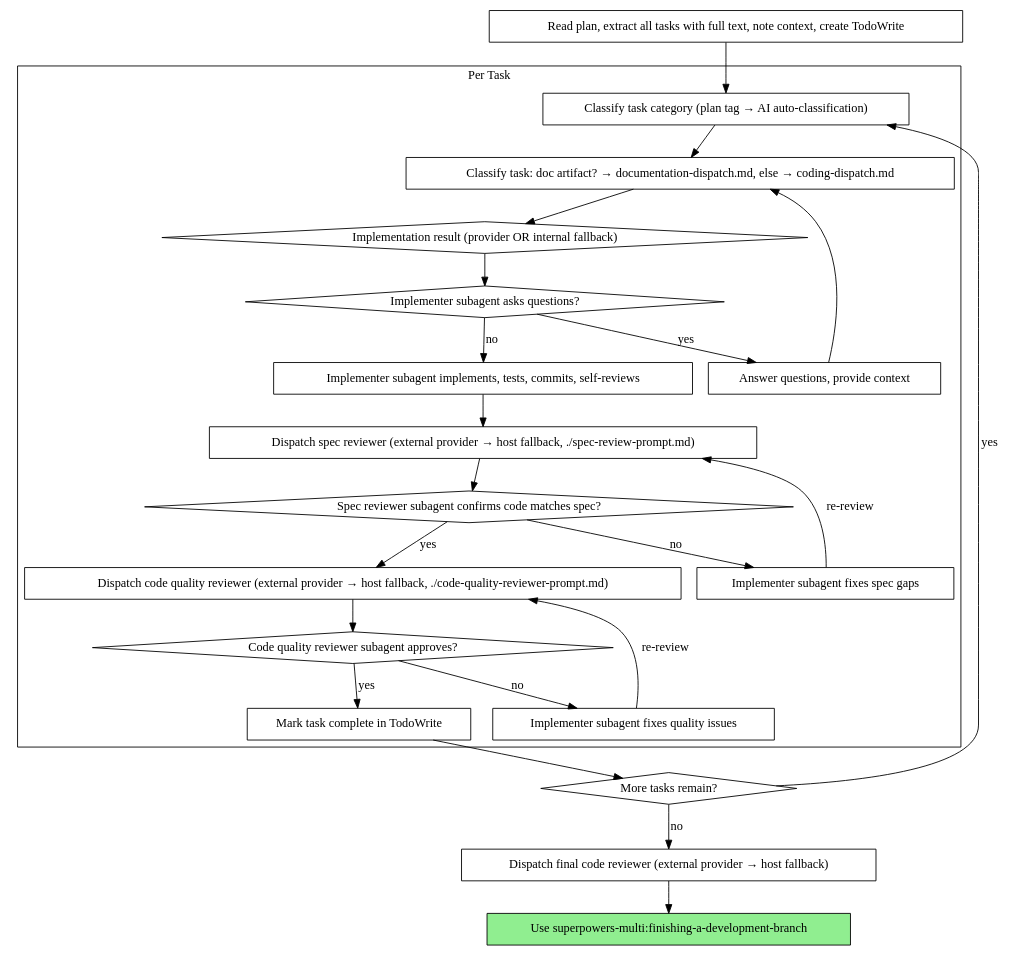
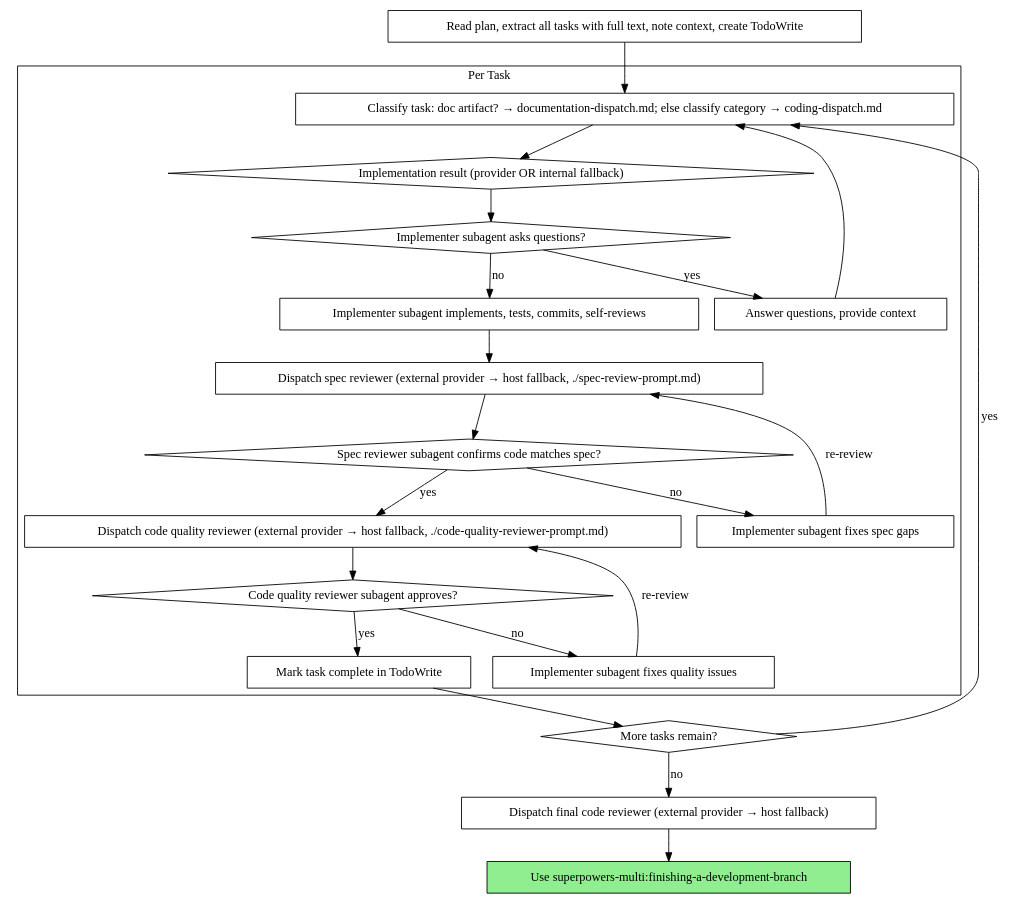
Before and after one commit to undrthemt/superpowers-multi: the second of 2 diagrams in skills/subagent-driven-development/SKILL.md, drawn with Graphviz. The commit also changed 1 other file, not shown here.

Commit message:
fix: merge flow diagram classification nodes, fix non-portable \b regex in Test 8
- SKILL.md flow diagram: collapse the two sequential classification nodes
  into one ("doc artifact? → documentation-dispatch; else classify
  category → coding-dispatch") so the diagram reflects the correct order —
  doc-artifact check first, coding-category classification only for non-doc
  tasks — matching the Dispatch decision summary prose
- Test 8: drop the non-portable plugin_override\b arm from assert_contains;
  BSD grep on macOS treats \b as literal 'b' in BRE mode, making the arm
  silently never match; the two remaining arms (falls back.*plugin_override
  and plugin_override.*fallback) are sufficient

````diff
--- a/skills/subagent-driven-development/SKILL.md
+++ b/skills/subagent-driven-development/SKILL.md
@@ -101,48 +101,46 @@
 ```dot
 digraph process {
     rankdir=TB;
 
     subgraph cluster_per_task {
         label="Per Task";
-        "Classify task category (plan tag → AI auto-classification)" [shape=box];
-        "Classify task: doc artifact? → documentation-dispatch.md, else → coding-dispatch.md" [shape=box];
+        "Classify task: doc artifact? → documentation-dispatch.md; else classify category → coding-dispatch.md" [shape=box];
         "Implementation result (provider OR internal fallback)" [shape=diamond];
         "Implementer subagent asks questions?" [shape=diamond];
         "Answer questions, provide context" [shape=box];
         "Implementer subagent implements, tests, commits, self-reviews" [shape=box];
         "Dispatch spec reviewer (external provider → host fallback, ./spec-review-prompt.md)" [shape=box];
         "Spec reviewer subagent confirms code matches spec?" [shape=diamond];
         "Implementer subagent fixes spec gaps" [shape=box];
         "Dispatch code quality reviewer (external provider → host fallback, ./code-quality-reviewer-prompt.md)" [shape=box];
         "Code quality reviewer subagent approves?" [shape=diamond];
         "Implementer subagent fixes quality issues" [shape=box];
         "Mark task complete in TodoWrite" [shape=box];
     }
 
     "Read plan, extract all tasks with full text, note context, create TodoWrite" [shape=box];
     "More tasks remain?" [shape=diamond];
     "Dispatch final code reviewer (external provider → host fallback)" [shape=box];
     "Use superpowers-multi:finishing-a-development-branch" [shape=box style=filled fillcolor=lightgreen];
 
-    "Read plan, extract all tasks with full text, note context, create TodoWrite" -> "Classify task category (plan tag → AI auto-classification)";
-    "Classify task category (plan tag → AI auto-classification)" -> "Classify task: doc artifact? → documentation-dispatch.md, else → coding-dispatch.md";
-    "Classify task: doc artifact? → documentation-dispatch.md, else → coding-dispatch.md" -> "Implementation result (provider OR internal fallback)";
+    "Read plan, extract all tasks with full text, note context, create TodoWrite" -> "Classify task: doc artifact? → documentation-dispatch.md; else classify category → coding-dispatch.md";
+    "Classify task: doc artifact? → documentation-dispatch.md; else classify category → coding-dispatch.md" -> "Implementation result (provider OR internal fallback)";
     "Implementation result (provider OR internal fallback)" -> "Implementer subagent asks questions?";
     "Implementer subagent asks questions?" -> "Answer questions, provide context" [label="yes"];
-    "Answer questions, provide context" -> "Classify task: doc artifact? → documentation-dispatch.md, else → coding-dispatch.md";
+    "Answer questions, provide context" -> "Classify task: doc artifact? → documentation-dispatch.md; else classify category → coding-dispatch.md";
     "Implementer subagent asks questions?" -> "Implementer subagent implements, tests, commits, self-reviews" [label="no"];
     "Implementer subagent implements, tests, commits, self-reviews" -> "Dispatch spec reviewer (external provider → host fallback, ./spec-review-prompt.md)";
     "Dispatch spec reviewer (external provider → host fallback, ./spec-review-prompt.md)" -> "Spec reviewer subagent confirms code matches spec?";
     "Spec reviewer subagent confirms code matches spec?" -> "Implementer subagent fixes spec gaps" [label="no"];
     "Implementer subagent fixes spec gaps" -> "Dispatch spec reviewer (external provider → host fallback, ./spec-review-prompt.md)" [label="re-review"];
     "Spec reviewer subagent confirms code matches spec?" -> "Dispatch code quality reviewer (external provider → host fallback, ./code-quality-reviewer-prompt.md)" [label="yes"];
     "Dispatch code quality reviewer (external provider → host fallback, ./code-quality-reviewer-prompt.md)" -> "Code quality reviewer subagent approves?";
     "Code quality reviewer subagent approves?" -> "Implementer subagent fixes quality issues" [label="no"];
     "Implementer subagent fixes quality issues" -> "Dispatch code quality reviewer (external provider → host fallback, ./code-quality-reviewer-prompt.md)" [label="re-review"];
     "Code quality reviewer subagent approves?" -> "Mark task complete in TodoWrite" [label="yes"];
     "Mark task complete in TodoWrite" -> "More tasks remain?";
-    "More tasks remain?" -> "Classify task category (plan tag → AI auto-classification)" [label="yes"];
+    "More tasks remain?" -> "Classify task: doc artifact? → documentation-dispatch.md; else classify category → coding-dispatch.md" [label="yes"];
     "More tasks remain?" -> "Dispatch final code reviewer (external provider → host fallback)" [label="no"];
     "Dispatch final code reviewer (external provider → host fallback)" -> "Use superpowers-multi:finishing-a-development-branch";
 }
 ```
````
